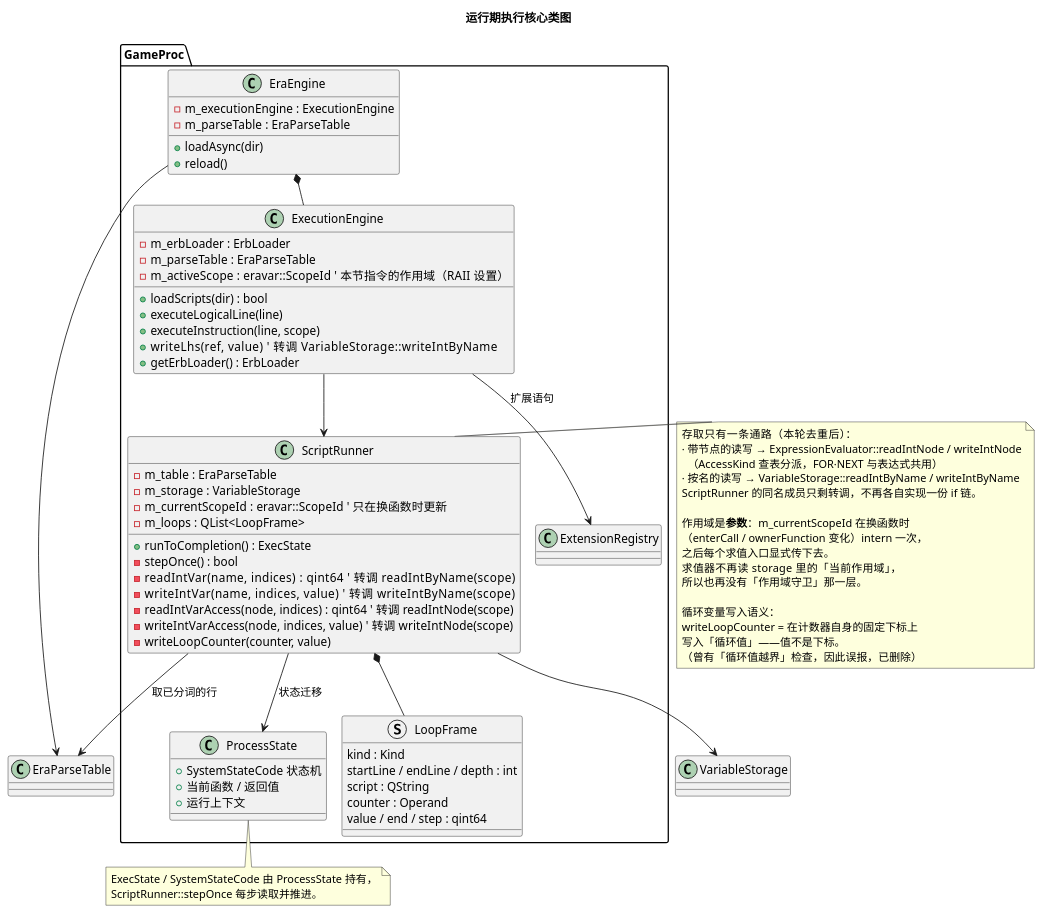
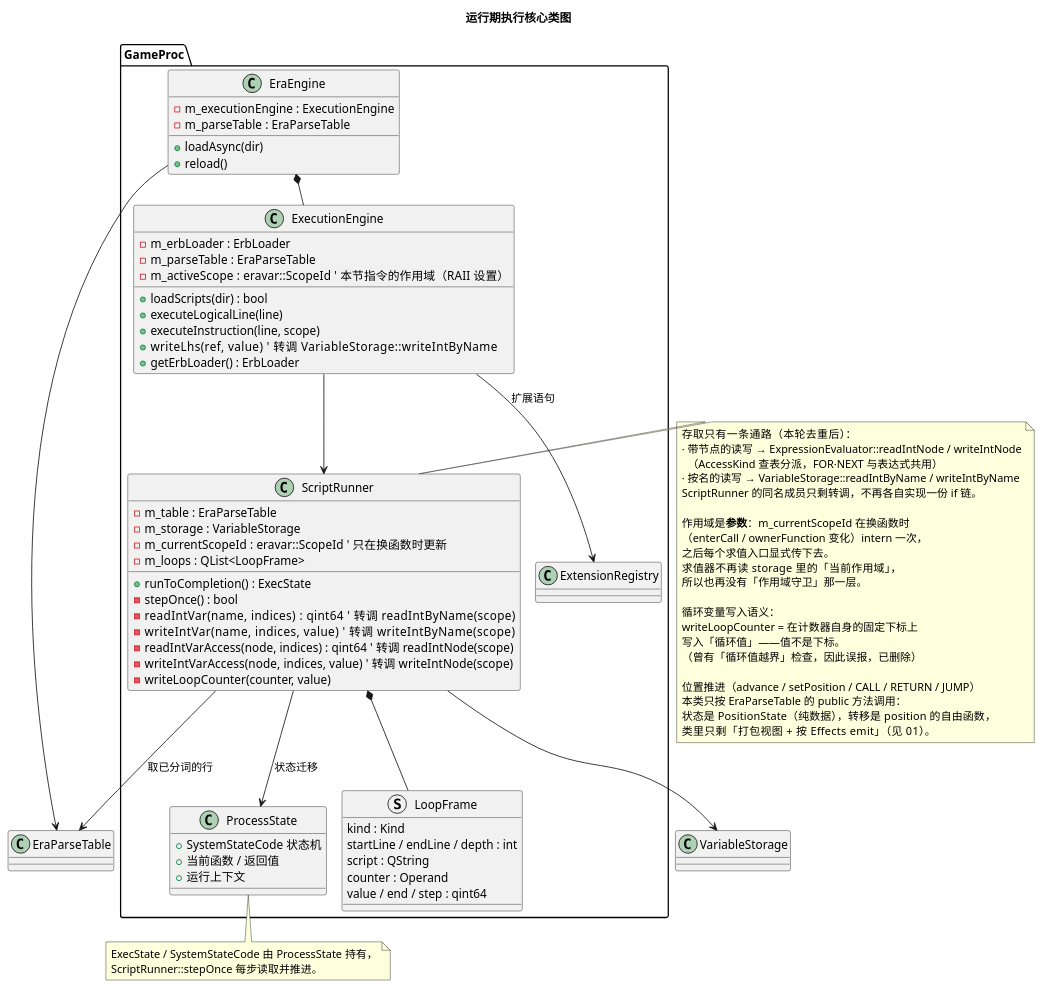
One commit to yigekuyou/qt-eraemu changed the diagram in docs/uml/02-runtime-classes.puml. Above: the diagram before and after it, drawn with PlantUML. The commit also changed 3 other files, not shown here.

First line of the commit message:
docs/uml：标记区 jumpmark 与位置区 position 画进图里

```diff
--- a/docs/uml/02-runtime-classes.puml
+++ b/docs/uml/02-runtime-classes.puml
@@ -1,90 +1,95 @@
 @startuml 02-runtime-classes
 ' 无 graphviz(dot) 时用 PlantUML 内置 smetana 布局引擎
 !pragma layout smetana
 ' emuera —— 运行期执行核心：ExecutionEngine 装配，ScriptRunner 单步状态机
 ' 渲染：plantuml -tpng docs/uml/02-runtime-classes.puml
 title 运行期执行核心类图
 
 package "GameProc" {
   class EraEngine {
     - m_executionEngine : ExecutionEngine
     - m_parseTable : EraParseTable
     + loadAsync(dir)
     + reload()
   }
 
   class ExecutionEngine {
     - m_erbLoader : ErbLoader
     - m_parseTable : EraParseTable
     - m_activeScope : eravar::ScopeId   ' 本节指令的作用域（RAII 设置）
     + loadScripts(dir) : bool
     + executeLogicalLine(line)
     + executeInstruction(line, scope)
     + writeLhs(ref, value)        ' 转调 VariableStorage::writeIntByName
     + getErbLoader() : ErbLoader
   }
 
   class ScriptRunner {
     - m_table : EraParseTable
     - m_storage : VariableStorage
     - m_currentScopeId : eravar::ScopeId  ' 只在换函数时更新
     - m_loops : QList<LoopFrame>
     + runToCompletion() : ExecState
     - stepOnce() : bool
     - readIntVar(name, indices) : qint64        ' 转调 readIntByName(scope)
     - writeIntVar(name, indices, value)         ' 转调 writeIntByName(scope)
     - readIntVarAccess(node, indices) : qint64  ' 转调 readIntNode(scope)
     - writeIntVarAccess(node, indices, value)   ' 转调 writeIntNode(scope)
     - writeLoopCounter(counter, value)
   }
 
   class ProcessState {
     + SystemStateCode 状态机
     + 当前函数 / 返回值
     + 运行上下文
   }
 
   struct LoopFrame {
     kind : Kind
     startLine / endLine / depth : int
     script : QString
     counter : Operand
     value / end / step : qint64
   }
 
   class ExtensionRegistry
 }
 
 EraEngine *-- ExecutionEngine
 EraEngine --> EraParseTable
 ExecutionEngine --> ScriptRunner
 ExecutionEngine --> ExtensionRegistry : 扩展语句
 ScriptRunner *-- LoopFrame
 ScriptRunner --> ProcessState : 状态迁移
 ScriptRunner --> EraParseTable : 取已分词的行
 ScriptRunner --> VariableStorage
 
 note right of ScriptRunner
   存取只有一条通路（本轮去重后）：
   · 带节点的读写 → ExpressionEvaluator::readIntNode / writeIntNode
     （AccessKind 查表分派，FOR·NEXT 与表达式共用）
   · 按名的读写 → VariableStorage::readIntByName / writeIntByName
   ScriptRunner 的同名成员只剩转调，不再各自实现一份 if 链。
 
   作用域是**参数**：m_currentScopeId 在换函数时
   （enterCall / ownerFunction 变化）intern 一次，
   之后每个求值入口显式传下去。
   求值器不再读 storage 里的「当前作用域」，
   所以也再没有「作用域守卫」那一层。
 
   循环变量写入语义：
   writeLoopCounter = 在计数器自身的固定下标上
   写入「循环值」——值不是下标。
   （曾有「循环值越界」检查，因此误报，已删除）
+
+  位置推进（advance / setPosition / CALL / RETURN / JUMP）
+  本类只按 EraParseTable 的 public 方法调用：
+  状态是 PositionState（纯数据），转移是 position 的自由函数，
+  类里只剩「打包视图 + 按 Effects emit」（见 01）。
 end note
 
 note bottom of ProcessState
   ExecState / SystemStateCode 由 ProcessState 持有，
   ScriptRunner::stepOnce 每步读取并推进。
 end note
 @enduml
```
